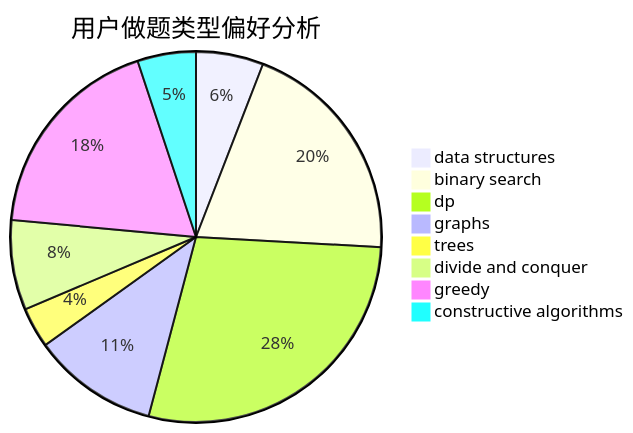
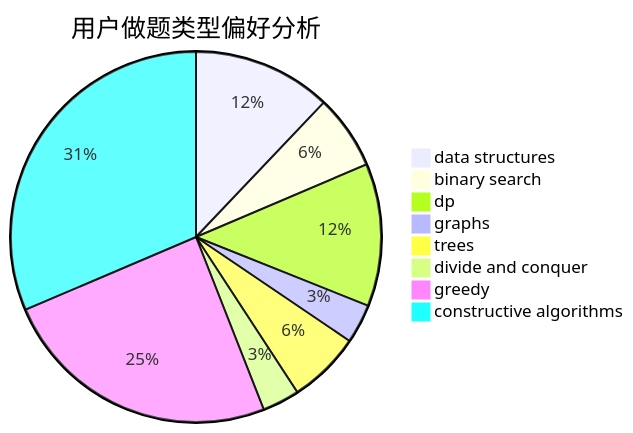
Before and after one commit to sherpahu/cfrs.github.io: the second of 3 diagrams in docs/user/u845.md, drawn with Mermaid. The commit also changed other lines of this file and 2770 other files, not shown here.

````diff
--- a/docs/user/u845.md
+++ b/docs/user/u845.md
@@ -23,11 +23,11 @@
 ```mermaid
 pie title 用户做题类型偏好分析
-    "data structures" :  15
-    "binary search" :  51
-    "dp" :  72
-    "graphs" :  28
-    "trees" :  9
-    "divide and conquer" :  20
-    "greedy" :  47
-    "constructive algorithms" :  13
+    "data structures" :  67
+    "binary search" :  36
+    "dp" :  69
+    "graphs" :  19
+    "trees" :  35
+    "divide and conquer" :  18
+    "greedy" :  136
+    "constructive algorithms" :  174
 ```
````
